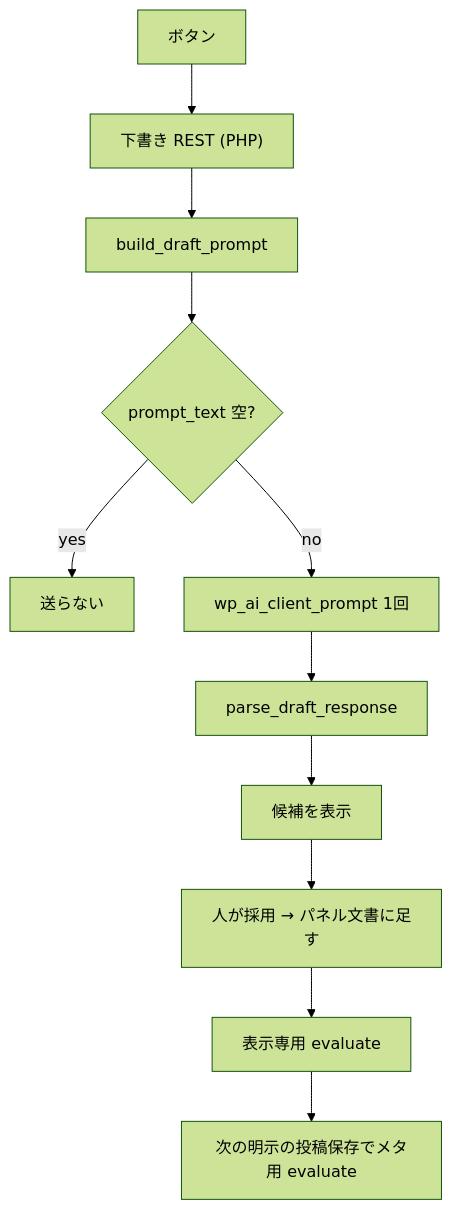
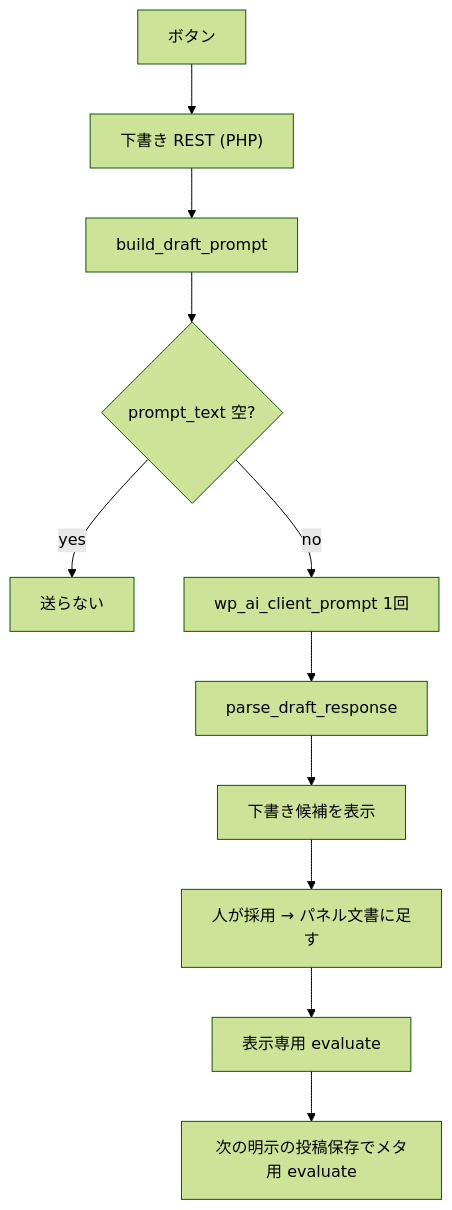
Before and after one commit to stein2nd/s2j-webinar-survey: the third of 3 diagrams in docs/concept.md, drawn with Mermaid (forest theme). The commit also changed other lines of this file and 11 other files, not shown here.

````diff
--- a/docs/concept.md
+++ b/docs/concept.md
@@ -64,13 +64,13 @@
 ```mermaid
 flowchart TD
   A["ボタン"] --> R["下書き REST (PHP)"]
   R --> B["build_draft_prompt"]
   B --> C{"prompt_text 空?"}
   C -->|yes| D["送らない"]
   C -->|no| E["wp_ai_client_prompt 1回"]
   E --> F["parse_draft_response"]
-  F --> G["候補を表示"]
+  F --> G["下書き候補を表示"]
   G --> H["人が採用 → パネル文書に足す"]
   H --> I["表示専用 evaluate"]
   I --> J["次の明示の投稿保存でメタ用 evaluate"]
 ```
````
